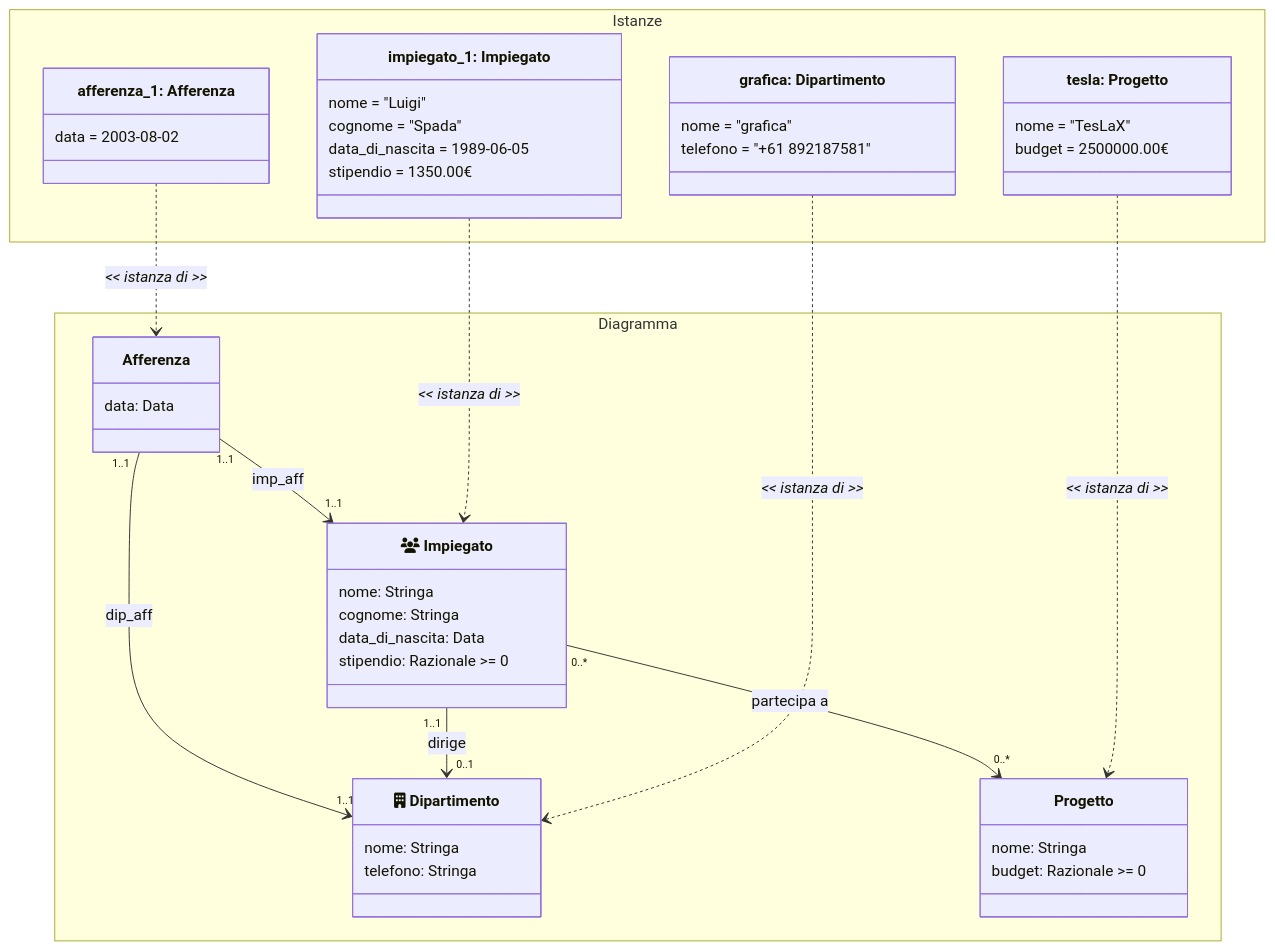
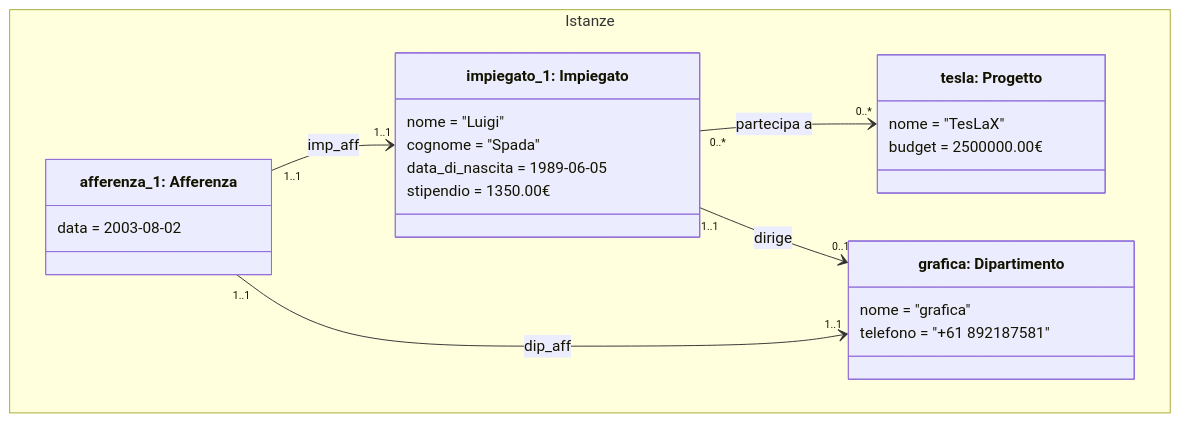
One commit to CuriousCI/university changed the second of 2 diagrams in book/basi-di-dati-2/azienda-1.md. Above: the diagram before and after it, drawn with Mermaid. The commit also changed other lines of this file and 1 other file, not shown here.

Commit message:
separated instances

````diff
--- a/book/basi-di-dati-2/azienda-1.md
+++ b/book/basi-di-dati-2/azienda-1.md
@@ -37,65 +99,34 @@
 ```mermaid
 classDiagram
-	namespace Diagramma {
-		class Impiegato {
-            nome: Stringa
-            cognome: Stringa
-            data_di_nascita: Data
-            stipendio: Razionale >= 0
-		}
-		class Impiegato["fa:fa-users Impiegato"]
-
-		class Dipartimento {
-			nome: Stringa
-			telefono: Stringa
-		}
-		class Dipartimento["fa:fa-building Dipartimento"]
-
-		class Afferenza {
-			data: Data
-		}
-
-		class Progetto {
-			nome: Stringa
-			budget: Razionale >= 0
-		}
-	}
-
 	namespace Istanze {
 		class impiegato_1 {
 			nome = "Luigi"
 			cognome = "Spada"
 			data_di_nascita = 1989-06-05
 			stipendio = 1350.00€
 		}
 		class impiegato_1["impiegato_1: Impiegato"]
 
 		class afferenza_1 {
 			data = 2003-08-02
 		}
 		class afferenza_1["afferenza_1: Afferenza"]
 
 		class dipartimento_1 {
 			nome = "grafica"
 			telefono = "+61 892187581"
 		}
 		class dipartimento_1["grafica: Dipartimento"]
 
 		class progetto_1 {
 			nome = "TesLaX"
 			budget = 2500000.00€
 		}
 		class progetto_1["tesla: Progetto"]
 	}
 
-
-	Impiegato "0..*" --> "0..*" Progetto : partecipa a
-	Afferenza "1..1" --> "1..1" Impiegato : imp_aff
-	Afferenza "1..1" --> "1..1" Dipartimento : dip_aff
-	Impiegato "1..1" --> "0..1" Dipartimento : dirige
-
-	impiegato_1 ..> Impiegato : <i><< istanza di >></i>
-	dipartimento_1 ..> Dipartimento : <i><< istanza di >></i>
-	progetto_1 ..> Progetto : <i><< istanza di >></i>
-	afferenza_1 ..> Afferenza : <i><< istanza di >></i>
+	impiegato_1 "0..*" --> "0..*" progetto_1 : partecipa a
+	afferenza_1 "1..1" --> "1..1" impiegato_1 : imp_aff
+	afferenza_1 "1..1" --> "1..1" dipartimento_1 : dip_aff
+	impiegato_1 "1..1" --> "0..1" dipartimento_1 : dirige
 ```
````
